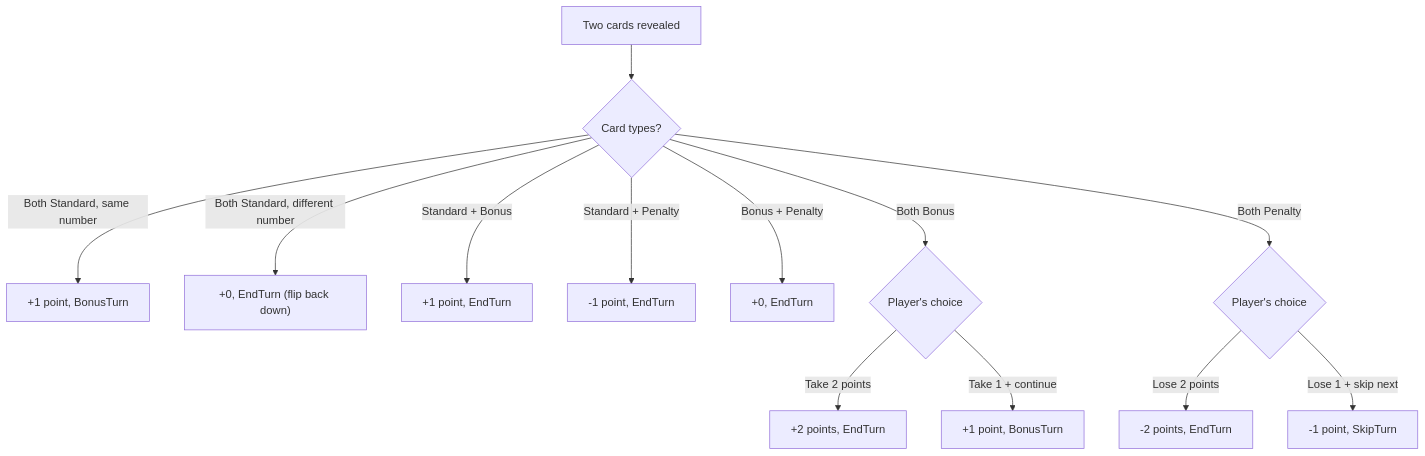
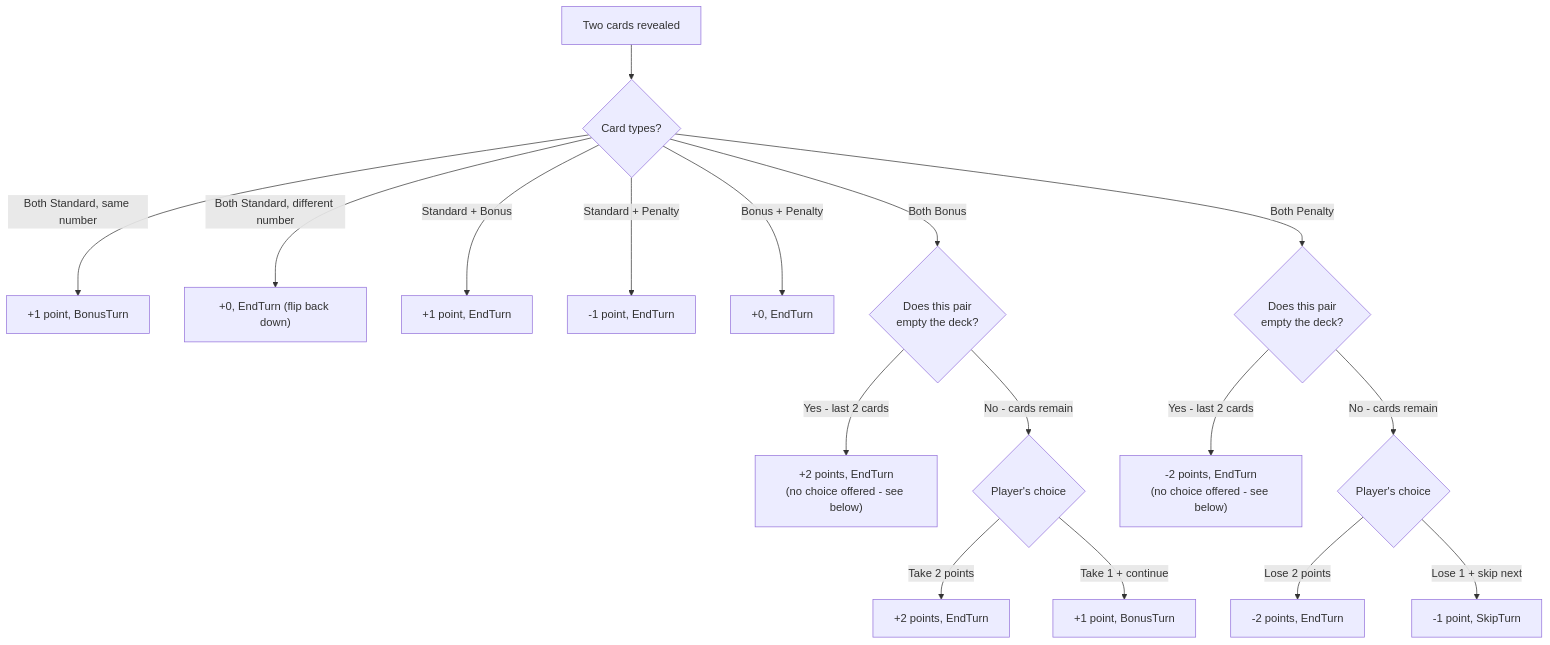
One commit to ahmed-marie/INCS101-Project-V2 changed the fourth of 10 diagrams in docs/ARCHITECTURE.md. Above: the diagram before and after it, drawn with Mermaid. The commit also changed other lines of this file and 11 other files, not shown here.

````diff
--- a/docs/ARCHITECTURE.md
+++ b/docs/ARCHITECTURE.md
@@ -286,15 +347,19 @@
 ```mermaid
 flowchart TD
     A[Two cards revealed] --> B{Card types?}
     B -->|Both Standard, same number| C["+1 point, BonusTurn"]
     B -->|Both Standard, different number| D["+0, EndTurn (flip back down)"]
     B -->|Standard + Bonus| E["+1 point, EndTurn"]
     B -->|Standard + Penalty| F["-1 point, EndTurn"]
     B -->|Bonus + Penalty| G["+0, EndTurn"]
-    B -->|Both Bonus| H{Player's choice}
-    H -->|Take 2 points| I["+2 points, EndTurn"]
-    H -->|Take 1 + continue| J["+1 point, BonusTurn"]
-    B -->|Both Penalty| K{Player's choice}
-    K -->|Lose 2 points| L["-2 points, EndTurn"]
-    K -->|Lose 1 + skip next| M["-1 point, SkipTurn"]
+    B -->|Both Bonus| H{Does this pair\nempty the deck?}
+    H -->|Yes - last 2 cards| H1["+2 points, EndTurn\n(no choice offered - see below)"]
+    H -->|No - cards remain| H2{Player's choice}
+    H2 -->|Take 2 points| I["+2 points, EndTurn"]
+    H2 -->|Take 1 + continue| J["+1 point, BonusTurn"]
+    B -->|Both Penalty| K{Does this pair\nempty the deck?}
+    K -->|Yes - last 2 cards| K1["-2 points, EndTurn\n(no choice offered - see below)"]
+    K -->|No - cards remain| K2{Player's choice}
+    K2 -->|Lose 2 points| L["-2 points, EndTurn"]
+    K2 -->|Lose 1 + skip next| M["-1 point, SkipTurn"]
 ```
````
